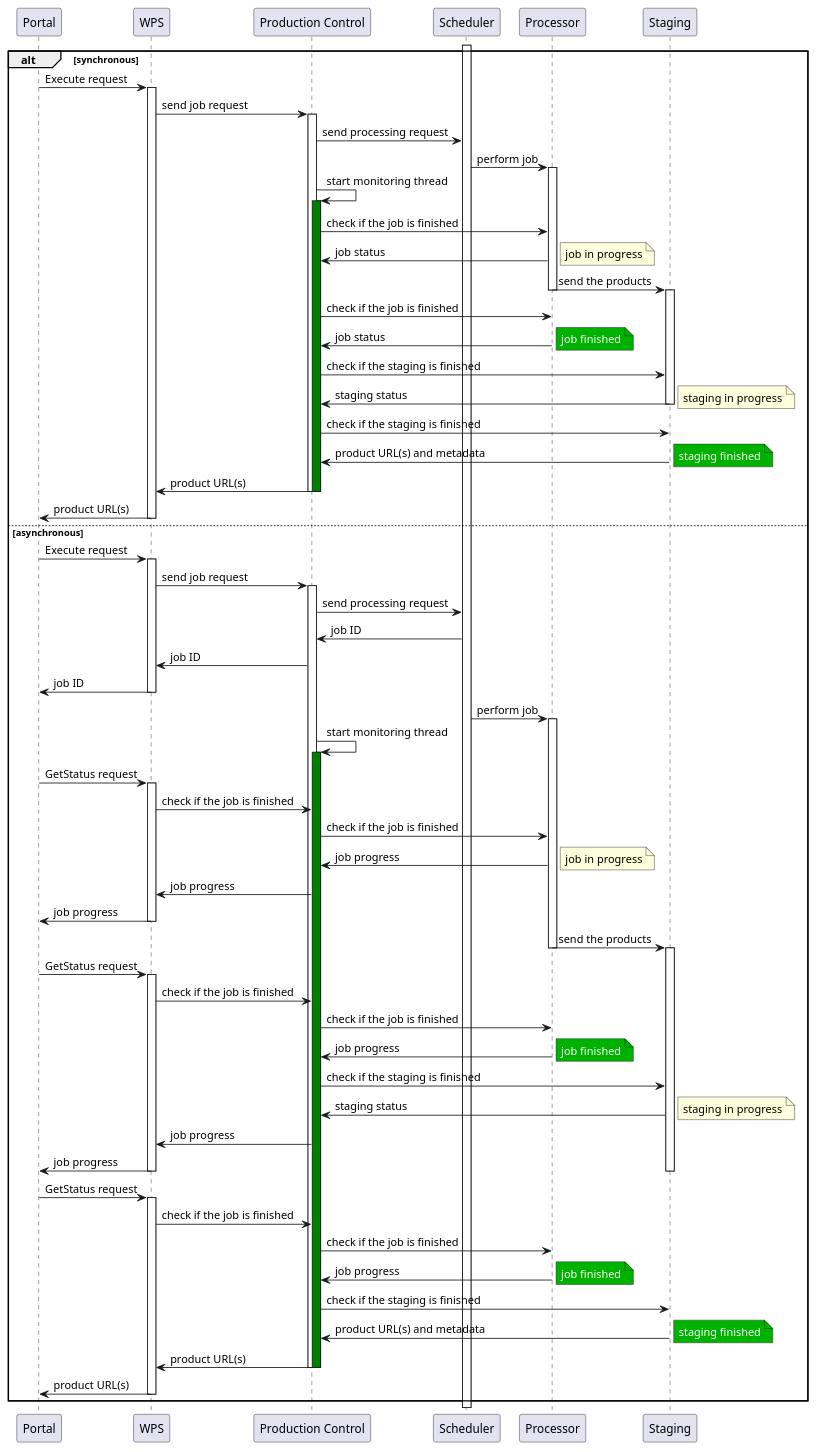
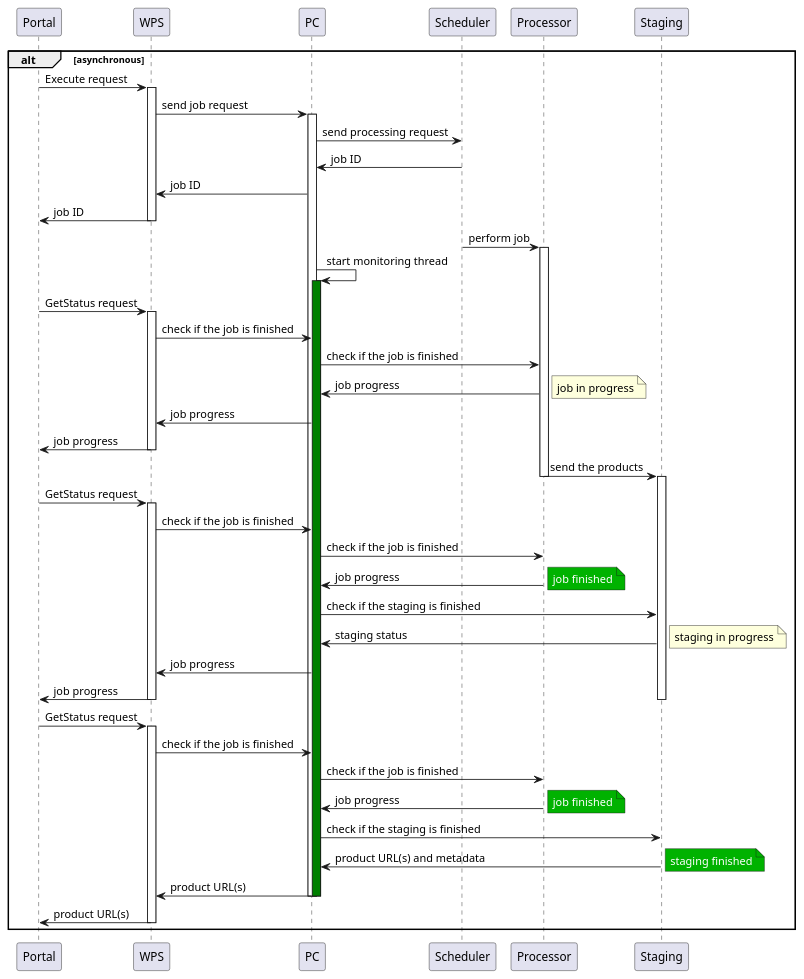
Before and after one commit to urban-tep/DDF-SDD: the third of 4 diagrams in source/design/UC02.rst, drawn with PlantUML. The commit also changed 11 other files, not shown here.

```diff
--- a/source/design/UC02.rst
+++ b/source/design/UC02.rst
@@ -72,60 +138,8 @@
 .. uml::
-  :caption: Processing execution in the processing centers
+  :caption: Processing execution in the processing centers - part 2
   :align: center
 
-
-  participant "Portal"
-  participant "WPS"
-  participant "Production Control" as PC
-  participant "Scheduler"
-  participant "Processor"
-  participant "Staging"
-
-  alt synchronous
-
-	  activate Scheduler
-	  Portal -> WPS : Execute request
-	  
-	  activate WPS
-	  WPS -> PC : send job request
-	  
-	  activate PC
-	  PC -> Scheduler : send processing request
-	  
-	  Scheduler -> Processor : perform job
-	  
-	  activate Processor
-	  PC -> PC : start monitoring thread
-	  activate PC #Green
-	  PC -> Processor : check if the job is finished
-	  Processor -> PC : job status
-	  note right : job in progress
-	  
-	  Processor -> Staging : send the products
-	  deactivate Processor
-	  activate Staging
-	  
-	  PC -> Processor : check if the job is finished
-	  Processor -> PC : job status
-	  note right #00B200 : <color:white>job finished</color>
-	  
-	  PC -> Staging : check if the staging is finished
-	  Staging -> PC : staging status
-	  note right : staging in progress
-	  deactivate Staging
-	  
-	  PC -> Staging : check if the staging is finished
-	  Staging -> PC : product URL(s) and metadata
-	  note right #00B200 : <color:white>staging finished</color>
-	  
-	  PC -> WPS : product URL(s)
-	  deactivate PC
-	  deactivate PC
-	  
-	  WPS -> Portal : product URL(s)
-	  deactivate WPS
-
-  else asynchronous
+  alt asynchronous
 
 	  Portal -> WPS : Execute request
 	  activate WPS
```
